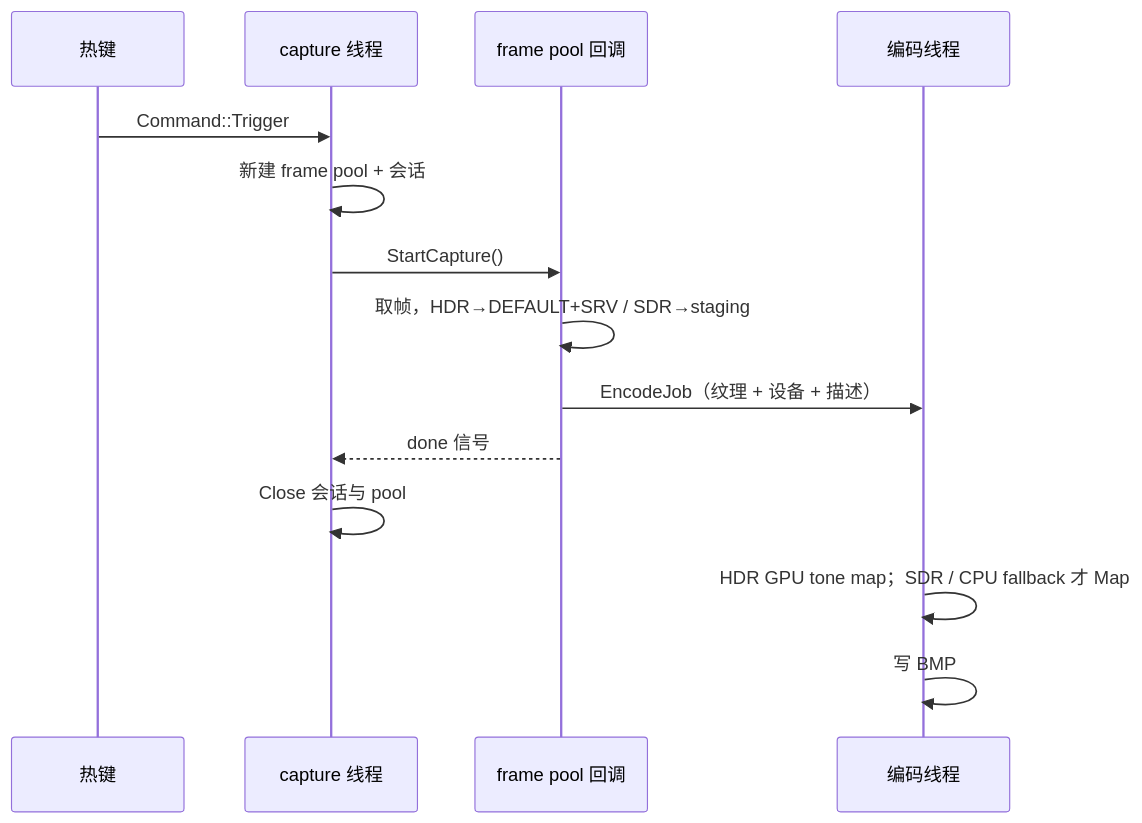
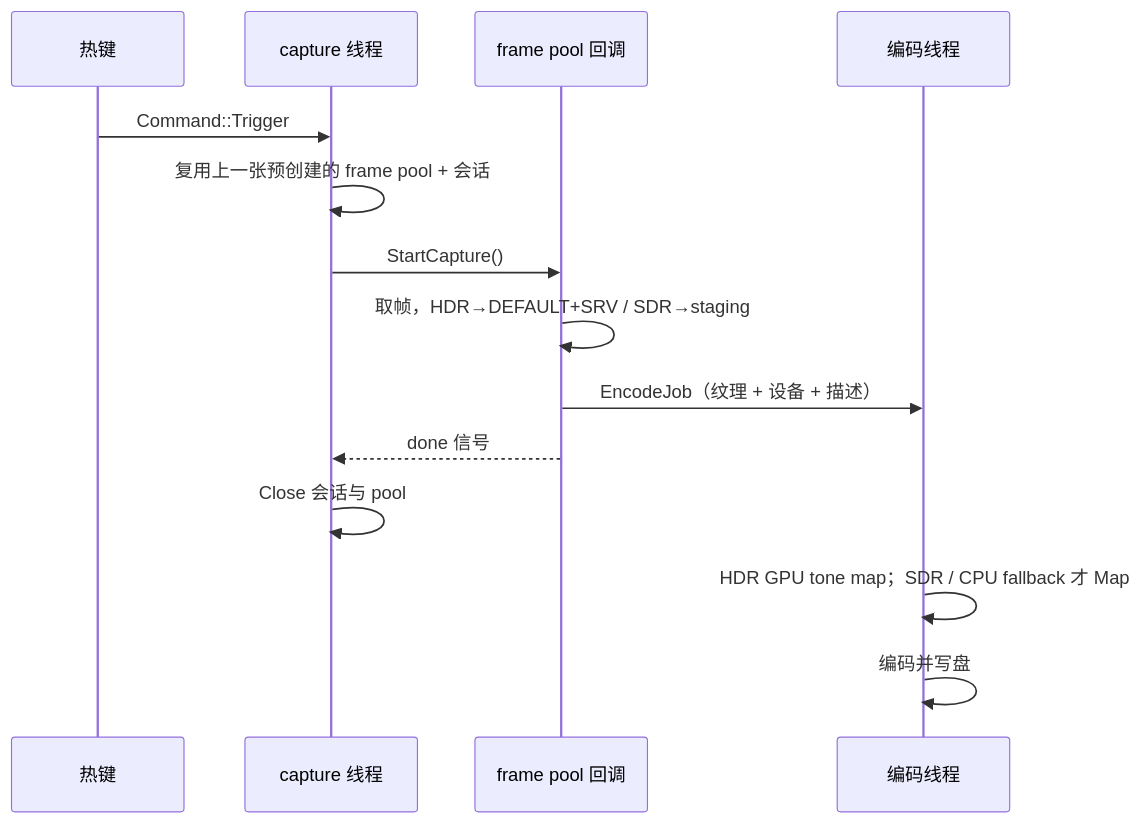
Before and after one commit to sprinox/GameSnap: the second of 2 diagrams in docs/architecture.md, drawn with Mermaid. The commit also changed other lines of this file and 6 other files, not shown here.

````diff
--- a/docs/architecture.md
+++ b/docs/architecture.md
@@ -37,17 +37,17 @@
 ```mermaid
 sequenceDiagram
     participant U as 热键
     participant C as capture 线程
     participant P as frame pool 回调
     participant E as 编码线程
 
     U->>C: Command::Trigger
-    C->>C: 新建 frame pool + 会话
+    C->>C: 复用上一张预创建的 frame pool + 会话
     C->>P: StartCapture()
     P->>P: 取帧，HDR→DEFAULT+SRV / SDR→staging
     P->>E: EncodeJob（纹理 + 设备 + 描述）
     P-->>C: done 信号
     C->>C: Close 会话与 pool
     E->>E: HDR GPU tone map；SDR / CPU fallback 才 Map
-    E->>E: 写 BMP
+    E->>E: 编码并写盘
 ```
````
